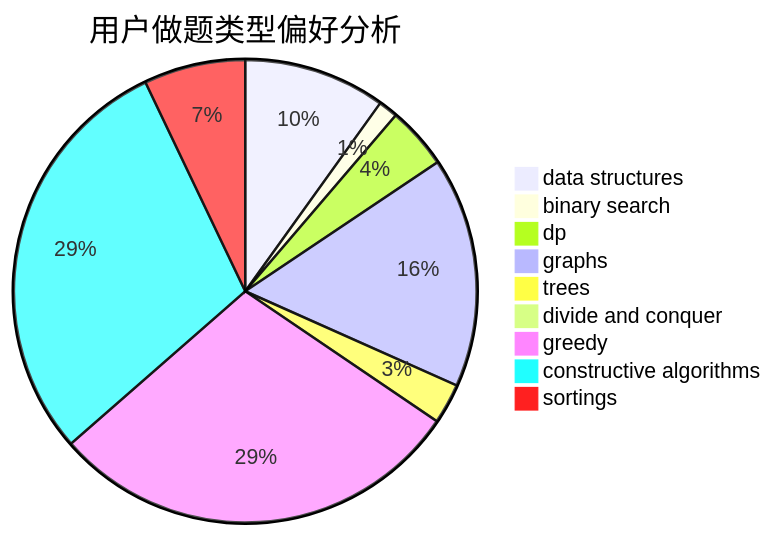
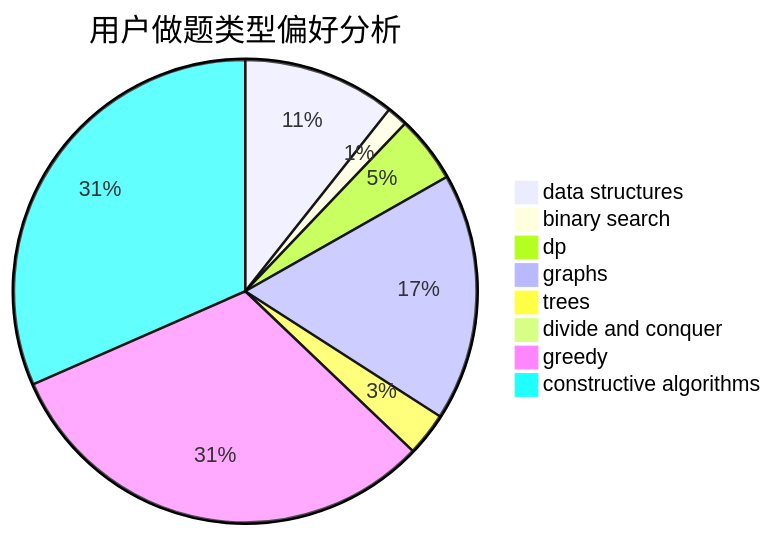
One commit to sherpahu/cfrs.github.io changed the second of 3 diagrams in docs/user/u926.md. Above: the diagram before and after it, drawn with Mermaid. The commit also changed other lines of this file and 2769 other files, not shown here.

````diff
--- a/docs/user/u926.md
+++ b/docs/user/u926.md
@@ -18,12 +18,11 @@
 ```mermaid
 pie title 用户做题类型偏好分析
     "data structures" :  183
     "binary search" :  25
     "dp" :  80
     "graphs" :  297
     "trees" :  52
     "divide and conquer" :  13
     "greedy" :  537
     "constructive algorithms" :  542
-    "sortings" :  131
 ```
````
